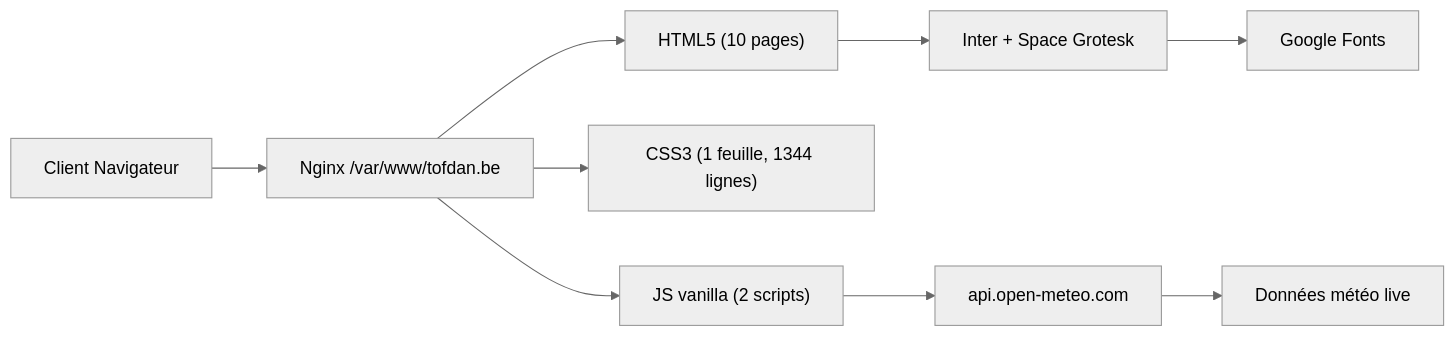
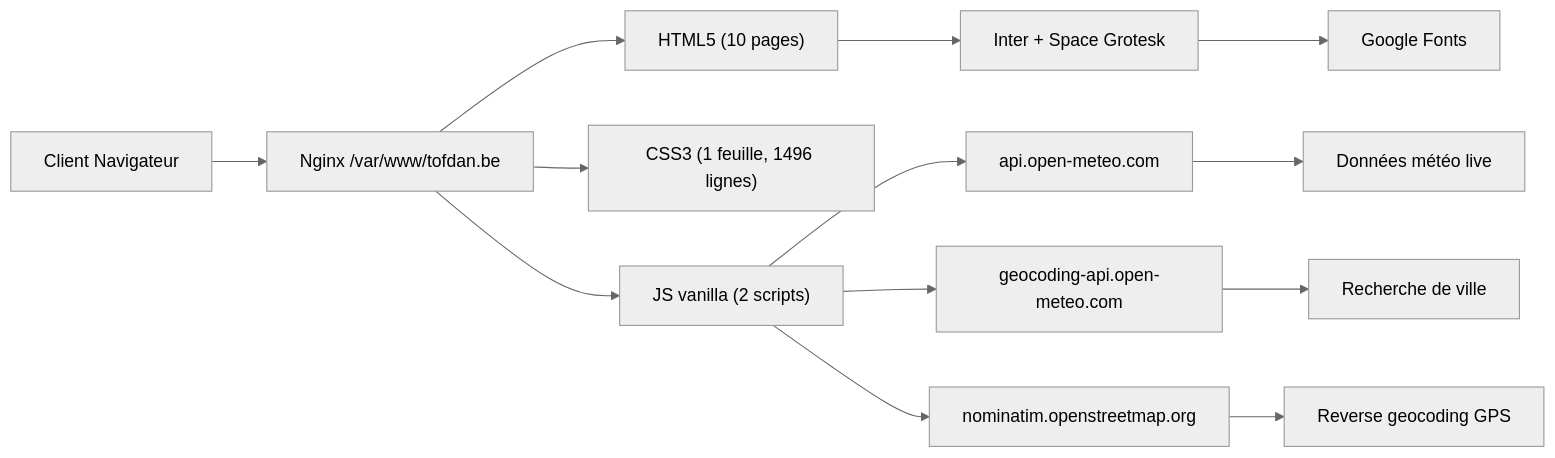
One commit to christophedanhier-hash/tofdan-site changed the first of 23 diagrams in docs/analyse-meteo.md. Above: the diagram before and after it, drawn with Mermaid (neutral theme). The commit also changed other lines of this file and 2 other files, not shown here.

````diff
--- a/docs/analyse-meteo.md
+++ b/docs/analyse-meteo.md
@@ -45,11 +45,15 @@
 ```mermaid
 graph LR
     A[Client Navigateur] --> B[Nginx /var/www/tofdan.be]
     B --> C["HTML5 (10 pages)"]
-    B --> D["CSS3 (1 feuille, 1344 lignes)"]
+    B --> D["CSS3 (1 feuille, 1496 lignes)"]
     B --> E["JS vanilla (2 scripts)"]
     C --> F[Inter + Space Grotesk]
     F --> G[Google Fonts]
     E --> H[api.open-meteo.com]
     H --> I[Données météo live]
+    E --> J[geocoding-api.open-meteo.com]
+    J --> K[Recherche de ville]
+    E --> L[nominatim.openstreetmap.org]
+    L --> M[Reverse geocoding GPS]
 ```
````
